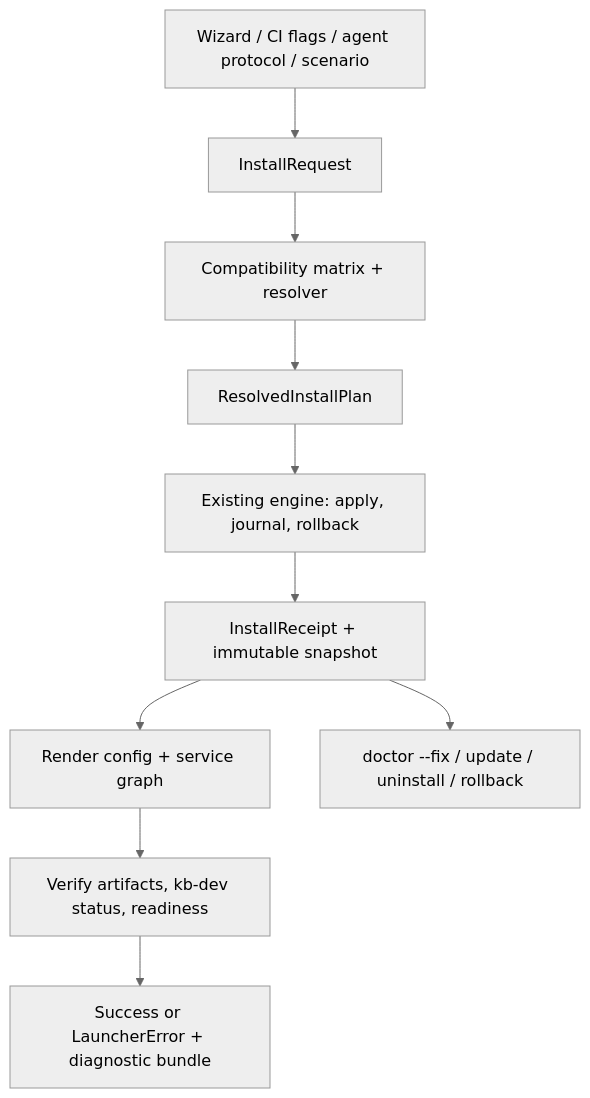
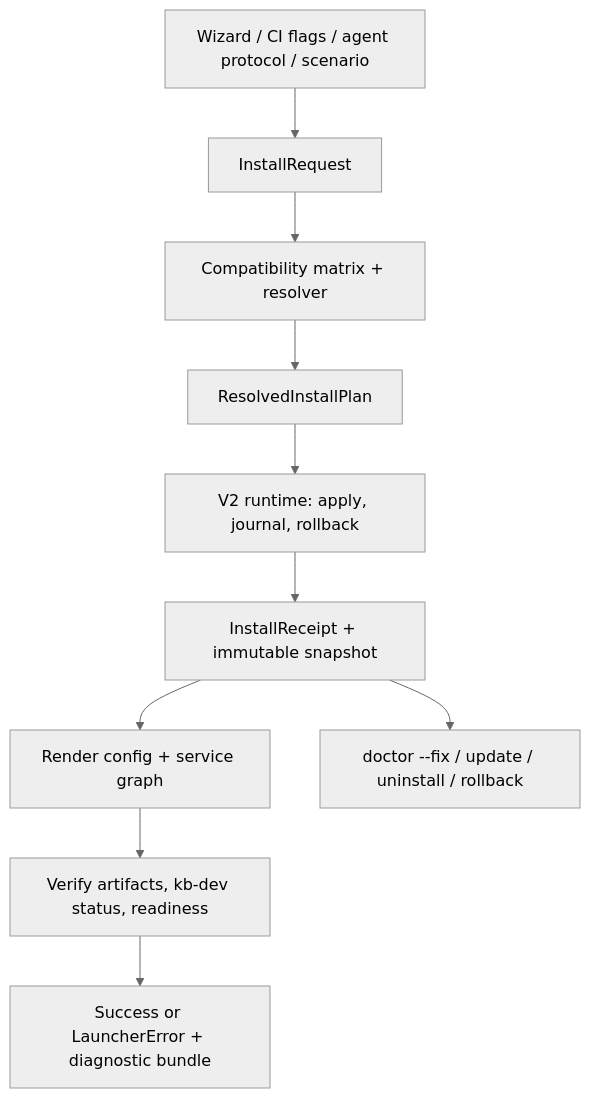
One commit to KirillBaranov/kb-labs changed the diagram in tools/kb-create/v2/README.md. Above: the diagram before and after it, drawn with Mermaid (neutral theme). The commit also changed other lines of this file and 10 other files, not shown here.

````diff
--- a/tools/kb-create/v2/README.md
+++ b/tools/kb-create/v2/README.md
@@ -58,12 +58,12 @@
 ```mermaid
 flowchart TD
   A["Wizard / CI flags / agent protocol / scenario"] --> B["InstallRequest"]
   B --> C["Compatibility matrix + resolver"]
   C --> D["ResolvedInstallPlan"]
-  D --> E["Existing engine: apply, journal, rollback"]
+  D --> E["V2 runtime: apply, journal, rollback"]
   E --> F["InstallReceipt + immutable snapshot"]
   F --> G["Render config + service graph"]
   G --> H["Verify artifacts, kb-dev status, readiness"]
   H --> I["Success or LauncherError + diagnostic bundle"]
   F --> J["doctor --fix / update / uninstall / rollback"]
 ```
````
